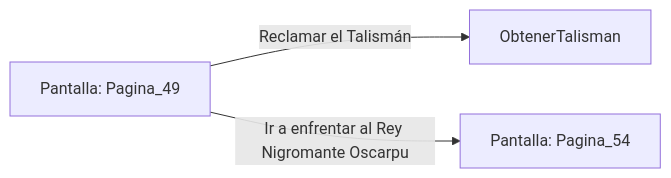
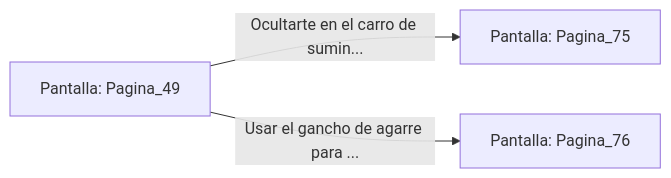
The diagram in sample/eligejuego-vault/Pantalla_Pagina_49.md (metsuke/mpl), drawn with Mermaid before and after one commit. The commit also changed other lines of this file and 635 other files, not shown here.

First line of the commit message:
fix: añadir Pagina_1 como pantalla inicial en capitulo_01.mpl

````diff
--- a/sample/eligejuego-vault/Pantalla_Pagina_49.md
+++ b/sample/eligejuego-vault/Pantalla_Pagina_49.md
@@ -17,6 +24,6 @@
 ```mermaid
 graph LR
     P_Pagina_49["Pantalla: Pagina_49"]
-    P_Pagina_49 -->|"Reclamar el Talismán"| A_ObtenerTalisman["ObtenerTalisman"]
-    P_Pagina_49 -->|"Ir a enfrentar al Rey Nigromante Oscarpu"| P_Pagina_54["Pantalla: Pagina_54"]
+    P_Pagina_49 -->|"Ocultarte en el carro de sumin..."| P_Pagina_75["Pantalla: Pagina_75"]
+    P_Pagina_49 -->|"Usar el gancho de agarre para ..."| P_Pagina_76["Pantalla: Pagina_76"]
 ```
````
